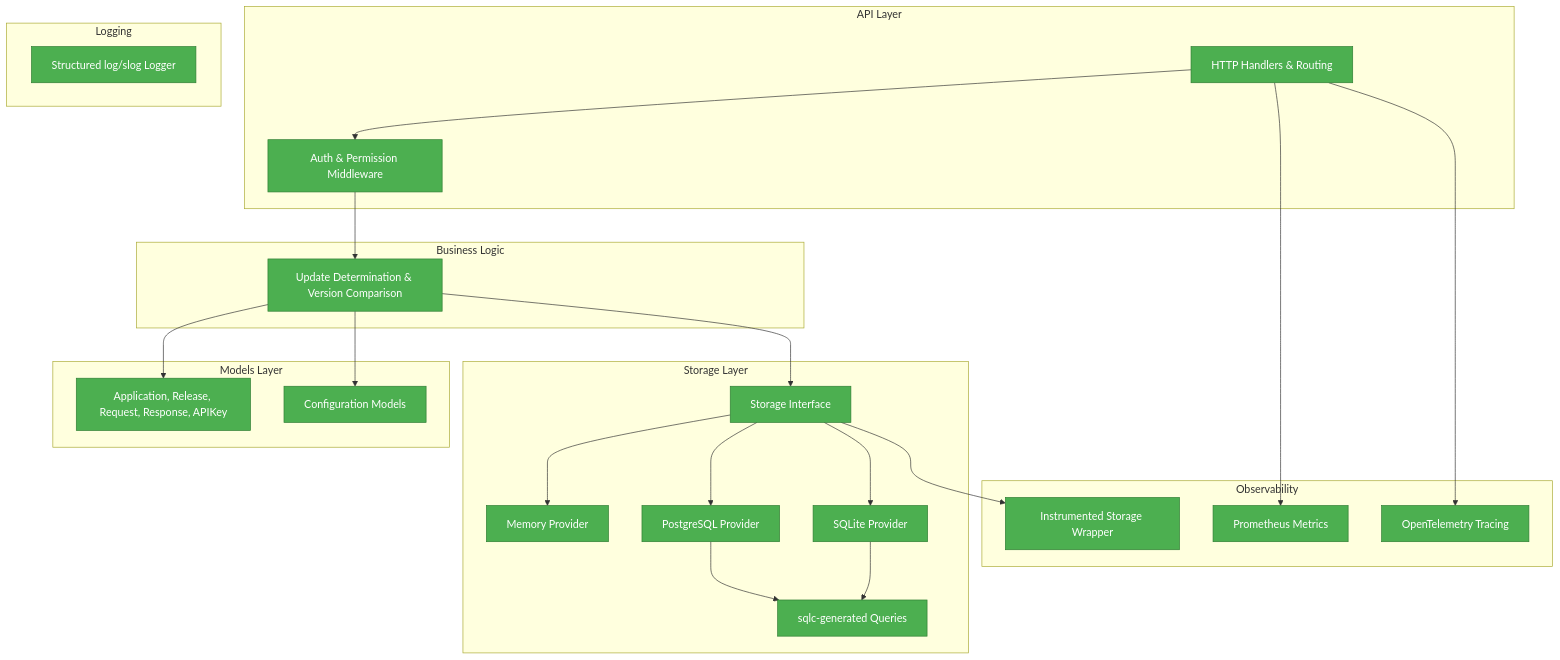
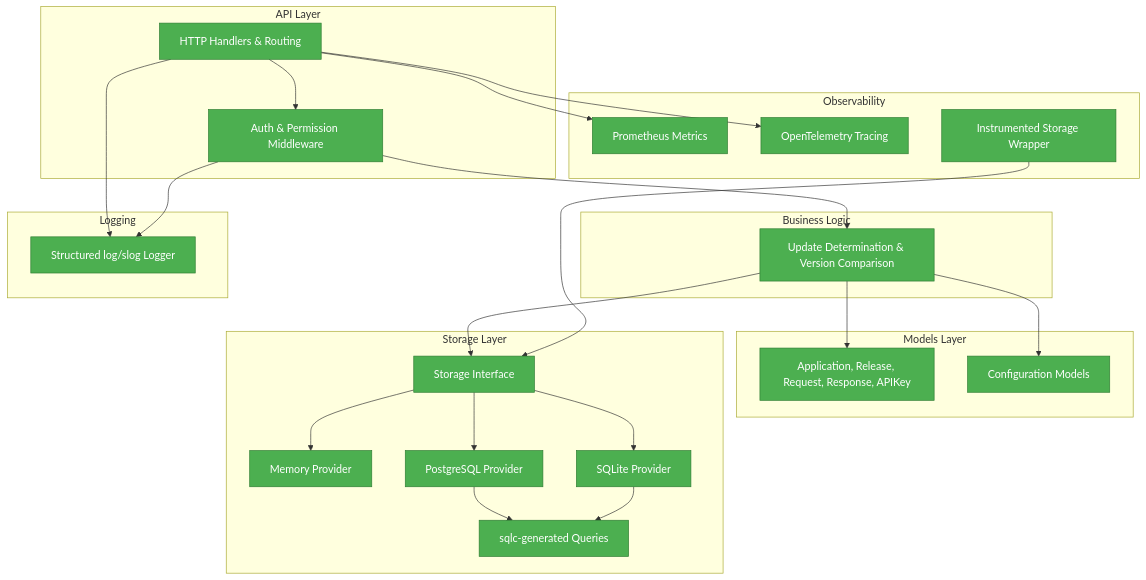
Before and after one commit to griffinskudder/updater: the diagram in docs/index.md, drawn with Mermaid. The commit also changed other lines of this file, not shown here.

First line of the commit message:
docs: fix diagram arrows, add missing endpoints, clarify auth conditions

````diff
--- a/docs/index.md
+++ b/docs/index.md
@@ -59,51 +59,53 @@
 ```mermaid
 graph TB
     subgraph "API Layer"
         api[HTTP Handlers & Routing]
         mw[Auth & Permission Middleware]
     end
 
     subgraph "Business Logic"
         logic[Update Determination & Version Comparison]
     end
 
     subgraph "Models Layer"
         models[Application, Release, Request, Response, APIKey]
         config[Configuration Models]
     end
 
     subgraph "Storage Layer"
         iface[Storage Interface]
         mem[Memory Provider]
         pg[PostgreSQL Provider]
         sqlite[SQLite Provider]
         sqlc[sqlc-generated Queries]
     end
 
     subgraph "Observability"
         metrics[Prometheus Metrics]
         tracing[OpenTelemetry Tracing]
         instStorage[Instrumented Storage Wrapper]
     end
 
     subgraph "Logging"
         logger[Structured log/slog Logger]
     end
 
     api --> mw
     mw --> logic
     logic --> models
     logic --> config
     logic --> iface
     iface --> mem
     iface --> pg
     iface --> sqlite
     pg --> sqlc
     sqlite --> sqlc
     api --> metrics
     api --> tracing
-    iface --> instStorage
+    api --> logger
+    mw --> logger
+    instStorage --> iface
 
     classDef complete fill:#4caf50,stroke:#2e7d32,color:#fff
     class api,mw,logic,models,config,iface,mem,pg,sqlite,sqlc,metrics,tracing,instStorage,logger complete
 ```
````
